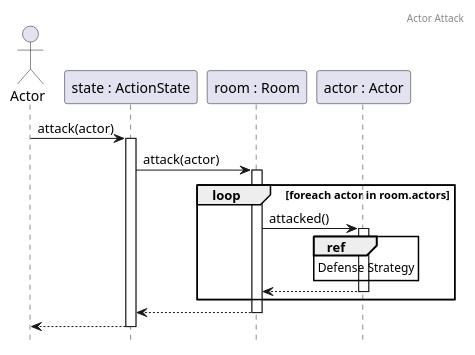
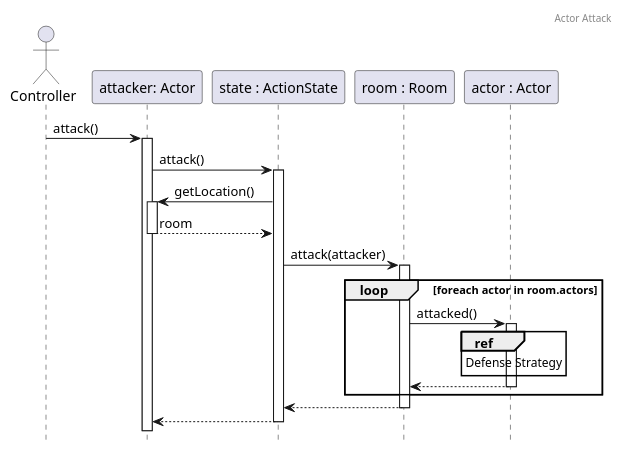
The diagram in docs/sequence/actor/ActorAttack.puml (Kristof-me/Logarlec), drawn with PlantUML before and after one commit. The commit also changed 1 other file, not shown here.

Commit message:
Tried to fix Sequence 01

```diff
--- a/docs/sequence/actor/ActorAttack.puml
+++ b/docs/sequence/actor/ActorAttack.puml
@@ -1,21 +1,25 @@
-@startuml AddRoomEffect
+@startuml ActorAttack
 header Actor Attack
 hide footbox
 autoactivate on
 
-actor P as "Actor"
+actor C as "Controller"
+participant P as "attacker: Actor"
 participant S as "state : ActionState"
 participant R as "room : Room"
 participant A as "actor : Actor"
 
-P -> S++ : attack(actor)
-S -> R++ : attack(actor)
+C -> P : attack()
+P -> S ++: attack()
+S -> P ++: getLocation()
+return room
+S -> R ++: attack(attacker)
 loop foreach actor in room.actors
     R -> A ++: attacked()
     ref over A : Defense Strategy
     return
 end
 return
 return
 
 @enduml
```
